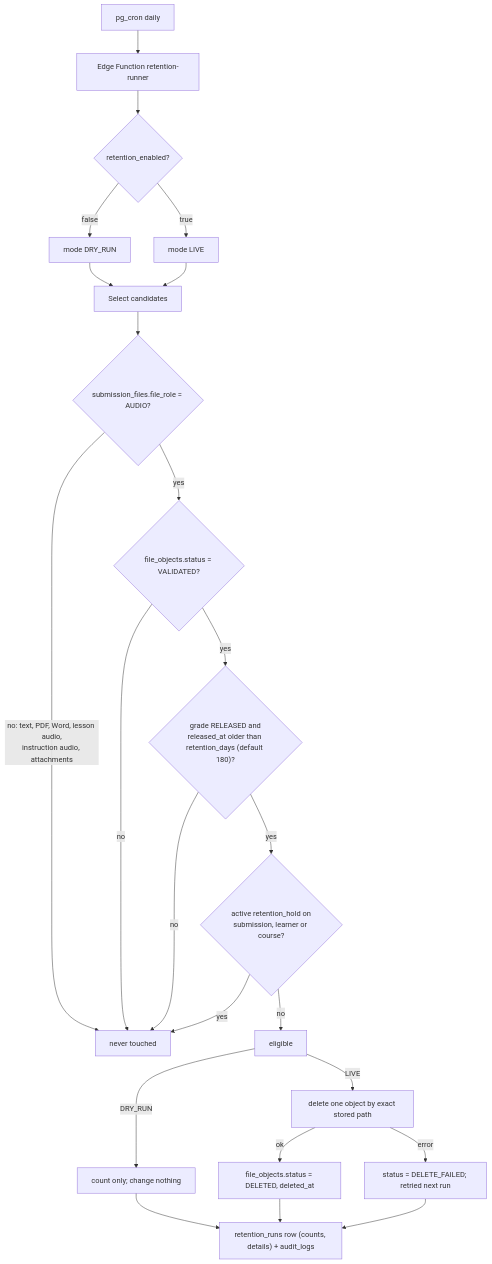
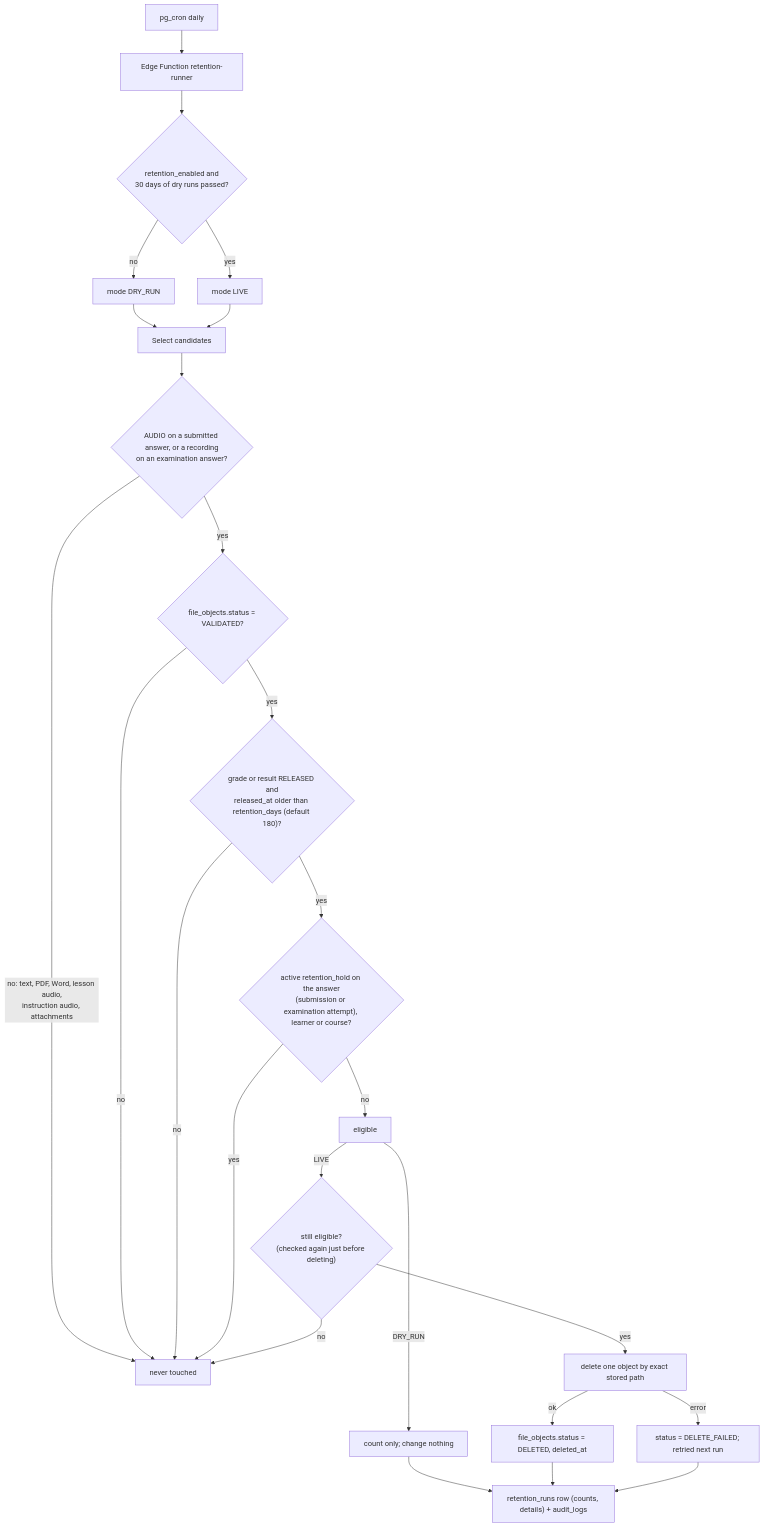
The diagram in docs/architecture/04e-retention.md (princebjr/ddtc-lms-), drawn with Mermaid before and after one commit. The commit also changed other lines of this file and 53 other files, not shown here.

First line of the commit message:
Phase 12: Learner-audio retention, off at launch (#23)

````diff
--- a/docs/architecture/04e-retention.md
+++ b/docs/architecture/04e-retention.md
@@ -5,22 +5,24 @@
 ```mermaid
 flowchart TD
   CRON["pg_cron daily"] --> RR["Edge Function retention-runner"]
-  RR --> EN{"retention_enabled?"}
-  EN -->|false| DRY["mode DRY_RUN"]
-  EN -->|true| LIVE["mode LIVE"]
+  RR --> EN{"retention_enabled and<br/>30 days of dry runs passed?"}
+  EN -->|no| DRY["mode DRY_RUN"]
+  EN -->|yes| LIVE["mode LIVE"]
   DRY & LIVE --> SEL["Select candidates"]
-  SEL --> E1{"submission_files.file_role = AUDIO?"}
+  SEL --> E1{"AUDIO on a submitted answer, or a recording<br/>on an examination answer?"}
   E1 -->|no: text, PDF, Word, lesson audio,<br/>instruction audio, attachments| SKIP["never touched"]
   E1 -->|yes| E2{"file_objects.status = VALIDATED?"}
   E2 -->|no| SKIP
-  E2 -->|yes| E3{"grade RELEASED and<br/>released_at older than retention_days (default 180)?"}
+  E2 -->|yes| E3{"grade or result RELEASED and<br/>released_at older than retention_days (default 180)?"}
   E3 -->|no| SKIP
-  E3 -->|yes| E4{"active retention_hold on<br/>submission, learner or course?"}
+  E3 -->|yes| E4{"active retention_hold on the answer<br/>(submission or examination attempt), learner or course?"}
   E4 -->|yes| SKIP
   E4 -->|no| ELIG["eligible"]
   ELIG -->|DRY_RUN| REP["count only; change nothing"]
-  ELIG -->|LIVE| DEL["delete one object by exact stored path"]
+  ELIG -->|LIVE| CHK{"still eligible?<br/>(checked again just before deleting)"}
+  CHK -->|no| SKIP
+  CHK -->|yes| DEL["delete one object by exact stored path"]
   DEL -->|ok| OK["file_objects.status = DELETED, deleted_at"]
   DEL -->|error| FAIL["status = DELETE_FAILED; retried next run"]
   REP & OK & FAIL --> RUN["retention_runs row (counts, details) + audit_logs"]
 ```
````
